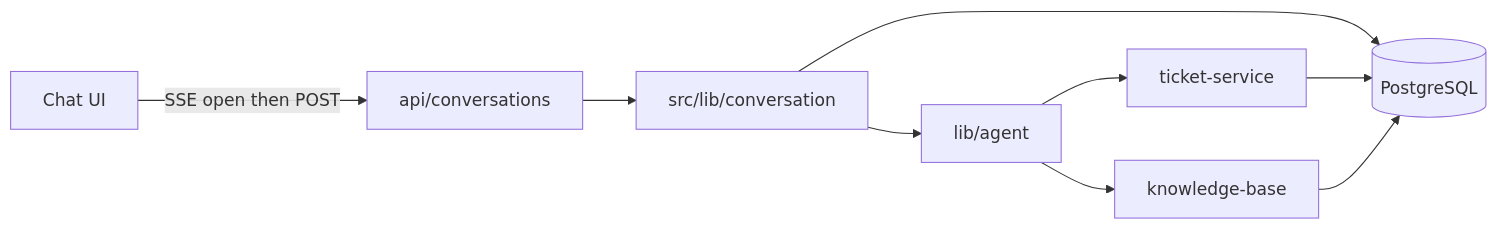
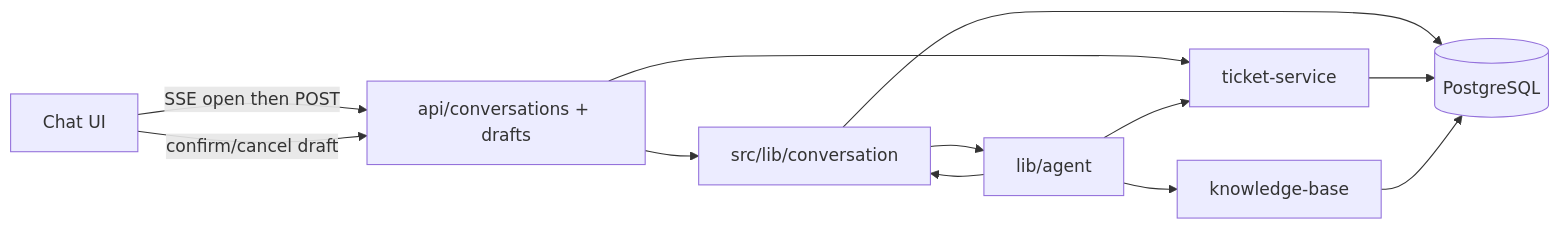
One commit to jsballarini/NexoAssist changed the diagram in docs/desenvolvimento/arquitetura-codigo.md. Above: the diagram before and after it, drawn with Mermaid. The commit also changed other lines of this file and 57 other files, not shown here.

````diff
--- a/docs/desenvolvimento/arquitetura-codigo.md
+++ b/docs/desenvolvimento/arquitetura-codigo.md
@@ -8,19 +8,22 @@
 ```mermaid
 flowchart LR
   UI[Chat UI]
-  API[api/conversations]
+  API[api/conversations + drafts]
   Conv[src/lib/conversation]
   Agent[lib/agent]
   TC[ticket-service]
   KB[knowledge-base]
   DB[(PostgreSQL)]
 
   UI -->|SSE open then POST| API
+  UI -->|confirm/cancel draft| API
   API --> Conv
+  API --> TC
   Conv --> Agent
   Conv --> DB
   Agent --> TC
+  Agent --> Conv
   Agent --> KB
   TC --> DB
   KB --> DB
 ```
````
